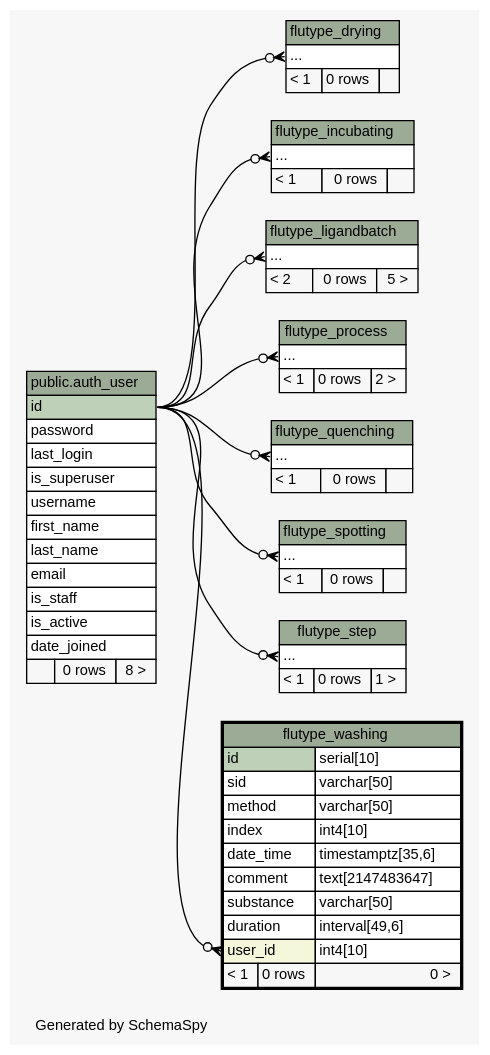
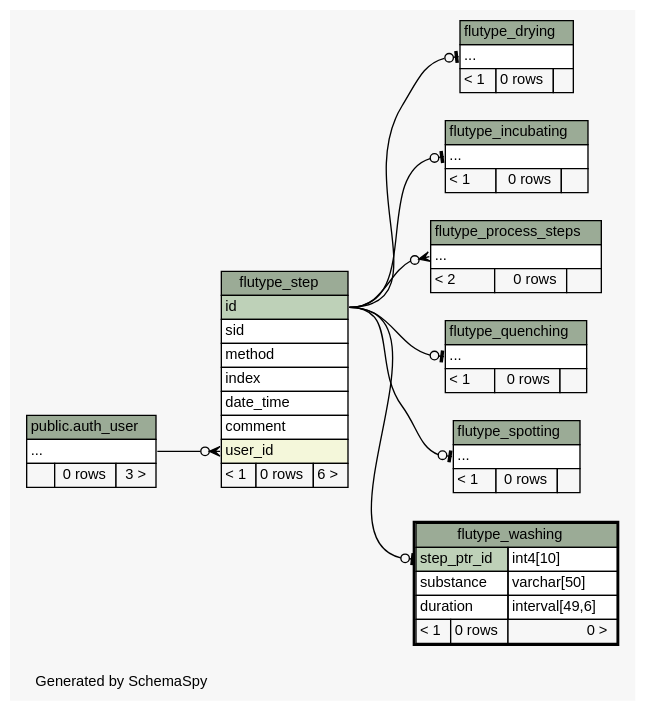
One commit to janekg89/flutype_webapp changed the diagram in docs/schema/diagrams/flutype_washing.2degrees.dot. Above: the diagram before and after it, drawn with Graphviz. The commit also changed 127 other files, not shown here.

Commit message:
latest schema generated

```diff
--- a/docs/schema/diagrams/flutype_washing.2degrees.dot
+++ b/docs/schema/diagrams/flutype_washing.2degrees.dot
@@ -1,137 +1,116 @@
 // dot 2.38.0 on Linux 4.4.0-89-generic
 // SchemaSpy rev 590
 digraph "twoDegreesRelationshipsDiagram" {
   graph [
     rankdir="RL"
     bgcolor="#f7f7f7"
     label="\nGenerated by SchemaSpy"
     labeljust="l"
     nodesep="0.18"
     ranksep="0.46"
     fontname="Helvetica"
     fontsize="11"
   ];
   node [
     fontname="Helvetica"
     fontsize="11"
     shape="plaintext"
   ];
   edge [
     arrowsize="0.8"
   ];
-  "flutype_drying":"elipses":w -> "public.auth_user":"id":e [arrowhead=none dir=back arrowtail=crowodot];
-  "flutype_incubating":"elipses":w -> "public.auth_user":"id":e [arrowhead=none dir=back arrowtail=crowodot];
-  "flutype_ligandbatch":"elipses":w -> "public.auth_user":"id":e [arrowhead=none dir=back arrowtail=crowodot];
-  "flutype_process":"elipses":w -> "public.auth_user":"id":e [arrowhead=none dir=back arrowtail=crowodot];
-  "flutype_quenching":"elipses":w -> "public.auth_user":"id":e [arrowhead=none dir=back arrowtail=crowodot];
-  "flutype_spotting":"elipses":w -> "public.auth_user":"id":e [arrowhead=none dir=back arrowtail=crowodot];
-  "flutype_step":"elipses":w -> "public.auth_user":"id":e [arrowhead=none dir=back arrowtail=crowodot];
-  "flutype_washing":"user_id":w -> "public.auth_user":"id":e [arrowhead=none dir=back arrowtail=crowodot];
+  "flutype_drying":"elipses":w -> "flutype_step":"id":e [arrowhead=none dir=back arrowtail=teeodot];
+  "flutype_incubating":"elipses":w -> "flutype_step":"id":e [arrowhead=none dir=back arrowtail=teeodot];
+  "flutype_process_steps":"elipses":w -> "flutype_step":"id":e [arrowhead=none dir=back arrowtail=crowodot];
+  "flutype_quenching":"elipses":w -> "flutype_step":"id":e [arrowhead=none dir=back arrowtail=teeodot];
+  "flutype_spotting":"elipses":w -> "flutype_step":"id":e [arrowhead=none dir=back arrowtail=teeodot];
+  "flutype_step":"user_id":w -> "public.auth_user":"elipses":e [arrowhead=none dir=back arrowtail=crowodot];
+  "flutype_washing":"step_ptr_id":w -> "flutype_step":"id":e [arrowhead=none dir=back arrowtail=teeodot];
   "public.auth_user" [
     label=<
     <TABLE BORDER="0" CELLBORDER="1" CELLSPACING="0" BGCOLOR="#ffffff">
       <TR><TD COLSPAN="3" BGCOLOR="#9bab96" ALIGN="CENTER">public.auth_user</TD></TR>
-      <TR><TD PORT="id" COLSPAN="3" BGCOLOR="#bed1b8" ALIGN="LEFT">id</TD></TR>
-      <TR><TD PORT="password" COLSPAN="3" ALIGN="LEFT">password</TD></TR>
-      <TR><TD PORT="last_login" COLSPAN="3" ALIGN="LEFT">last_login</TD></TR>
-      <TR><TD PORT="is_superuser" COLSPAN="3" ALIGN="LEFT">is_superuser</TD></TR>
-      <TR><TD PORT="username" COLSPAN="3" ALIGN="LEFT">username</TD></TR>
-      <TR><TD PORT="first_name" COLSPAN="3" ALIGN="LEFT">first_name</TD></TR>
-      <TR><TD PORT="last_name" COLSPAN="3" ALIGN="LEFT">last_name</TD></TR>
-      <TR><TD PORT="email" COLSPAN="3" ALIGN="LEFT">email</TD></TR>
-      <TR><TD PORT="is_staff" COLSPAN="3" ALIGN="LEFT">is_staff</TD></TR>
-      <TR><TD PORT="is_active" COLSPAN="3" ALIGN="LEFT">is_active</TD></TR>
-      <TR><TD PORT="date_joined" COLSPAN="3" ALIGN="LEFT">date_joined</TD></TR>
-      <TR><TD ALIGN="LEFT" BGCOLOR="#f7f7f7">  </TD><TD ALIGN="RIGHT" BGCOLOR="#f7f7f7">0 rows</TD><TD ALIGN="RIGHT" BGCOLOR="#f7f7f7">8 &gt;</TD></TR>
+      <TR><TD PORT="elipses" COLSPAN="3" ALIGN="LEFT">...</TD></TR>
+      <TR><TD ALIGN="LEFT" BGCOLOR="#f7f7f7">  </TD><TD ALIGN="RIGHT" BGCOLOR="#f7f7f7">0 rows</TD><TD ALIGN="RIGHT" BGCOLOR="#f7f7f7">3 &gt;</TD></TR>
     </TABLE>>
     tooltip="public.auth_user"
   ];
   "flutype_drying" [
     label=<
     <TABLE BORDER="0" CELLBORDER="1" CELLSPACING="0" BGCOLOR="#ffffff">
       <TR><TD COLSPAN="3" BGCOLOR="#9bab96" ALIGN="CENTER">flutype_drying</TD></TR>
       <TR><TD PORT="elipses" COLSPAN="3" ALIGN="LEFT">...</TD></TR>
       <TR><TD ALIGN="LEFT" BGCOLOR="#f7f7f7">&lt; 1</TD><TD ALIGN="RIGHT" BGCOLOR="#f7f7f7">0 rows</TD><TD ALIGN="RIGHT" BGCOLOR="#f7f7f7">  </TD></TR>
     </TABLE>>
     URL="flutype_drying.html"
     tooltip="flutype_drying"
   ];
   "flutype_incubating" [
     label=<
     <TABLE BORDER="0" CELLBORDER="1" CELLSPACING="0" BGCOLOR="#ffffff">
       <TR><TD COLSPAN="3" BGCOLOR="#9bab96" ALIGN="CENTER">flutype_incubating</TD></TR>
       <TR><TD PORT="elipses" COLSPAN="3" ALIGN="LEFT">...</TD></TR>
       <TR><TD ALIGN="LEFT" BGCOLOR="#f7f7f7">&lt; 1</TD><TD ALIGN="RIGHT" BGCOLOR="#f7f7f7">0 rows</TD><TD ALIGN="RIGHT" BGCOLOR="#f7f7f7">  </TD></TR>
     </TABLE>>
     URL="flutype_incubating.html"
     tooltip="flutype_incubating"
   ];
-  "flutype_ligandbatch" [
+  "flutype_process_steps" [
     label=<
     <TABLE BORDER="0" CELLBORDER="1" CELLSPACING="0" BGCOLOR="#ffffff">
-      <TR><TD COLSPAN="3" BGCOLOR="#9bab96" ALIGN="CENTER">flutype_ligandbatch</TD></TR>
+      <TR><TD COLSPAN="3" BGCOLOR="#9bab96" ALIGN="CENTER">flutype_process_steps</TD></TR>
       <TR><TD PORT="elipses" COLSPAN="3" ALIGN="LEFT">...</TD></TR>
-      <TR><TD ALIGN="LEFT" BGCOLOR="#f7f7f7">&lt; 2</TD><TD ALIGN="RIGHT" BGCOLOR="#f7f7f7">0 rows</TD><TD ALIGN="RIGHT" BGCOLOR="#f7f7f7">5 &gt;</TD></TR>
+      <TR><TD ALIGN="LEFT" BGCOLOR="#f7f7f7">&lt; 2</TD><TD ALIGN="RIGHT" BGCOLOR="#f7f7f7">0 rows</TD><TD ALIGN="RIGHT" BGCOLOR="#f7f7f7">  </TD></TR>
     </TABLE>>
-    URL="flutype_ligandbatch.html"
-    tooltip="flutype_ligandbatch"
-  ];
-  "flutype_process" [
-    label=<
-    <TABLE BORDER="0" CELLBORDER="1" CELLSPACING="0" BGCOLOR="#ffffff">
-      <TR><TD COLSPAN="3" BGCOLOR="#9bab96" ALIGN="CENTER">flutype_process</TD></TR>
-      <TR><TD PORT="elipses" COLSPAN="3" ALIGN="LEFT">...</TD></TR>
-      <TR><TD ALIGN="LEFT" BGCOLOR="#f7f7f7">&lt; 1</TD><TD ALIGN="RIGHT" BGCOLOR="#f7f7f7">0 rows</TD><TD ALIGN="RIGHT" BGCOLOR="#f7f7f7">2 &gt;</TD></TR>
-    </TABLE>>
-    URL="flutype_process.html"
-    tooltip="flutype_process"
+    URL="flutype_process_steps.html"
+    tooltip="flutype_process_steps"
   ];
   "flutype_quenching" [
     label=<
     <TABLE BORDER="0" CELLBORDER="1" CELLSPACING="0" BGCOLOR="#ffffff">
       <TR><TD COLSPAN="3" BGCOLOR="#9bab96" ALIGN="CENTER">flutype_quenching</TD></TR>
       <TR><TD PORT="elipses" COLSPAN="3" ALIGN="LEFT">...</TD></TR>
       <TR><TD ALIGN="LEFT" BGCOLOR="#f7f7f7">&lt; 1</TD><TD ALIGN="RIGHT" BGCOLOR="#f7f7f7">0 rows</TD><TD ALIGN="RIGHT" BGCOLOR="#f7f7f7">  </TD></TR>
     </TABLE>>
     URL="flutype_quenching.html"
     tooltip="flutype_quenching"
   ];
   "flutype_spotting" [
     label=<
     <TABLE BORDER="0" CELLBORDER="1" CELLSPACING="0" BGCOLOR="#ffffff">
       <TR><TD COLSPAN="3" BGCOLOR="#9bab96" ALIGN="CENTER">flutype_spotting</TD></TR>
       <TR><TD PORT="elipses" COLSPAN="3" ALIGN="LEFT">...</TD></TR>
       <TR><TD ALIGN="LEFT" BGCOLOR="#f7f7f7">&lt; 1</TD><TD ALIGN="RIGHT" BGCOLOR="#f7f7f7">0 rows</TD><TD ALIGN="RIGHT" BGCOLOR="#f7f7f7">  </TD></TR>
     </TABLE>>
     URL="flutype_spotting.html"
     tooltip="flutype_spotting"
   ];
   "flutype_step" [
     label=<
     <TABLE BORDER="0" CELLBORDER="1" CELLSPACING="0" BGCOLOR="#ffffff">
       <TR><TD COLSPAN="3" BGCOLOR="#9bab96" ALIGN="CENTER">flutype_step</TD></TR>
-      <TR><TD PORT="elipses" COLSPAN="3" ALIGN="LEFT">...</TD></TR>
-      <TR><TD ALIGN="LEFT" BGCOLOR="#f7f7f7">&lt; 1</TD><TD ALIGN="RIGHT" BGCOLOR="#f7f7f7">0 rows</TD><TD ALIGN="RIGHT" BGCOLOR="#f7f7f7">1 &gt;</TD></TR>
+      <TR><TD PORT="id" COLSPAN="3" BGCOLOR="#bed1b8" ALIGN="LEFT">id</TD></TR>
+      <TR><TD PORT="sid" COLSPAN="3" ALIGN="LEFT">sid</TD></TR>
+      <TR><TD PORT="method" COLSPAN="3" ALIGN="LEFT">method</TD></TR>
+      <TR><TD PORT="index" COLSPAN="3" ALIGN="LEFT">index</TD></TR>
+      <TR><TD PORT="date_time" COLSPAN="3" ALIGN="LEFT">date_time</TD></TR>
+      <TR><TD PORT="comment" COLSPAN="3" ALIGN="LEFT">comment</TD></TR>
+      <TR><TD PORT="user_id" COLSPAN="3" BGCOLOR="#f4f7da" ALIGN="LEFT">user_id</TD></TR>
+      <TR><TD ALIGN="LEFT" BGCOLOR="#f7f7f7">&lt; 1</TD><TD ALIGN="RIGHT" BGCOLOR="#f7f7f7">0 rows</TD><TD ALIGN="RIGHT" BGCOLOR="#f7f7f7">6 &gt;</TD></TR>
     </TABLE>>
     URL="flutype_step.html"
     tooltip="flutype_step"
   ];
   "flutype_washing" [
     label=<
     <TABLE BORDER="2" CELLBORDER="1" CELLSPACING="0" BGCOLOR="#ffffff">
       <TR><TD COLSPAN="3" BGCOLOR="#9bab96" ALIGN="CENTER">flutype_washing</TD></TR>
-      <TR><TD PORT="id" COLSPAN="2" BGCOLOR="#bed1b8" ALIGN="LEFT">id</TD><TD PORT="id.type" ALIGN="LEFT">serial[10]</TD></TR>
-      <TR><TD PORT="sid" COLSPAN="2" ALIGN="LEFT">sid</TD><TD PORT="sid.type" ALIGN="LEFT">varchar[50]</TD></TR>
-      <TR><TD PORT="method" COLSPAN="2" ALIGN="LEFT">method</TD><TD PORT="method.type" ALIGN="LEFT">varchar[50]</TD></TR>
-      <TR><TD PORT="index" COLSPAN="2" ALIGN="LEFT">index</TD><TD PORT="index.type" ALIGN="LEFT">int4[10]</TD></TR>
-      <TR><TD PORT="date_time" COLSPAN="2" ALIGN="LEFT">date_time</TD><TD PORT="date_time.type" ALIGN="LEFT">timestamptz[35,6]</TD></TR>
-      <TR><TD PORT="comment" COLSPAN="2" ALIGN="LEFT">comment</TD><TD PORT="comment.type" ALIGN="LEFT">text[2147483647]</TD></TR>
+      <TR><TD PORT="step_ptr_id" COLSPAN="2" BGCOLOR="#bed1b8" ALIGN="LEFT">step_ptr_id</TD><TD PORT="step_ptr_id.type" ALIGN="LEFT">int4[10]</TD></TR>
       <TR><TD PORT="substance" COLSPAN="2" ALIGN="LEFT">substance</TD><TD PORT="substance.type" ALIGN="LEFT">varchar[50]</TD></TR>
       <TR><TD PORT="duration" COLSPAN="2" ALIGN="LEFT">duration</TD><TD PORT="duration.type" ALIGN="LEFT">interval[49,6]</TD></TR>
-      <TR><TD PORT="user_id" COLSPAN="2" BGCOLOR="#f4f7da" ALIGN="LEFT">user_id</TD><TD PORT="user_id.type" ALIGN="LEFT">int4[10]</TD></TR>
       <TR><TD ALIGN="LEFT" BGCOLOR="#f7f7f7">&lt; 1</TD><TD ALIGN="RIGHT" BGCOLOR="#f7f7f7">0 rows</TD><TD ALIGN="RIGHT" BGCOLOR="#f7f7f7">0 &gt;</TD></TR>
     </TABLE>>
     URL="flutype_washing.html"
     tooltip="flutype_washing"
   ];
 }
```
